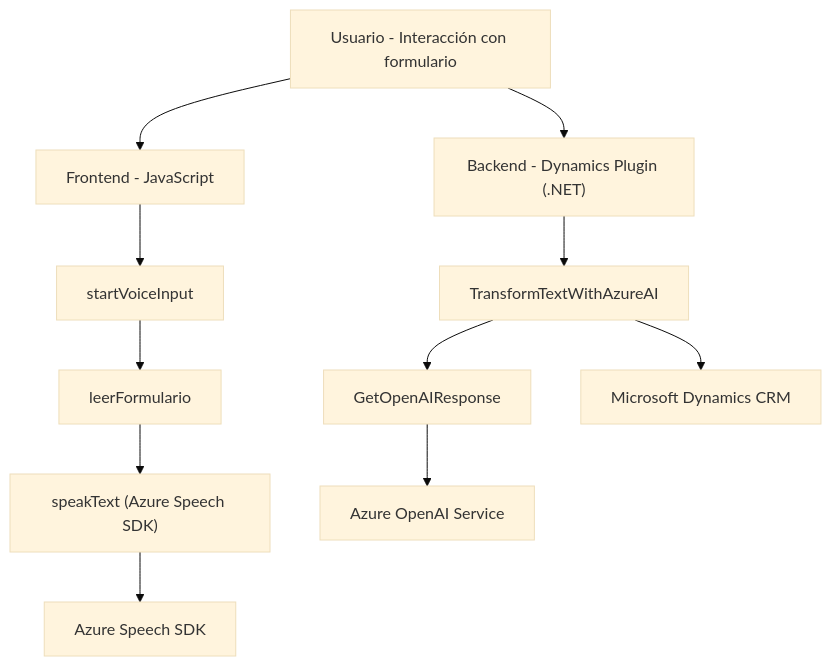
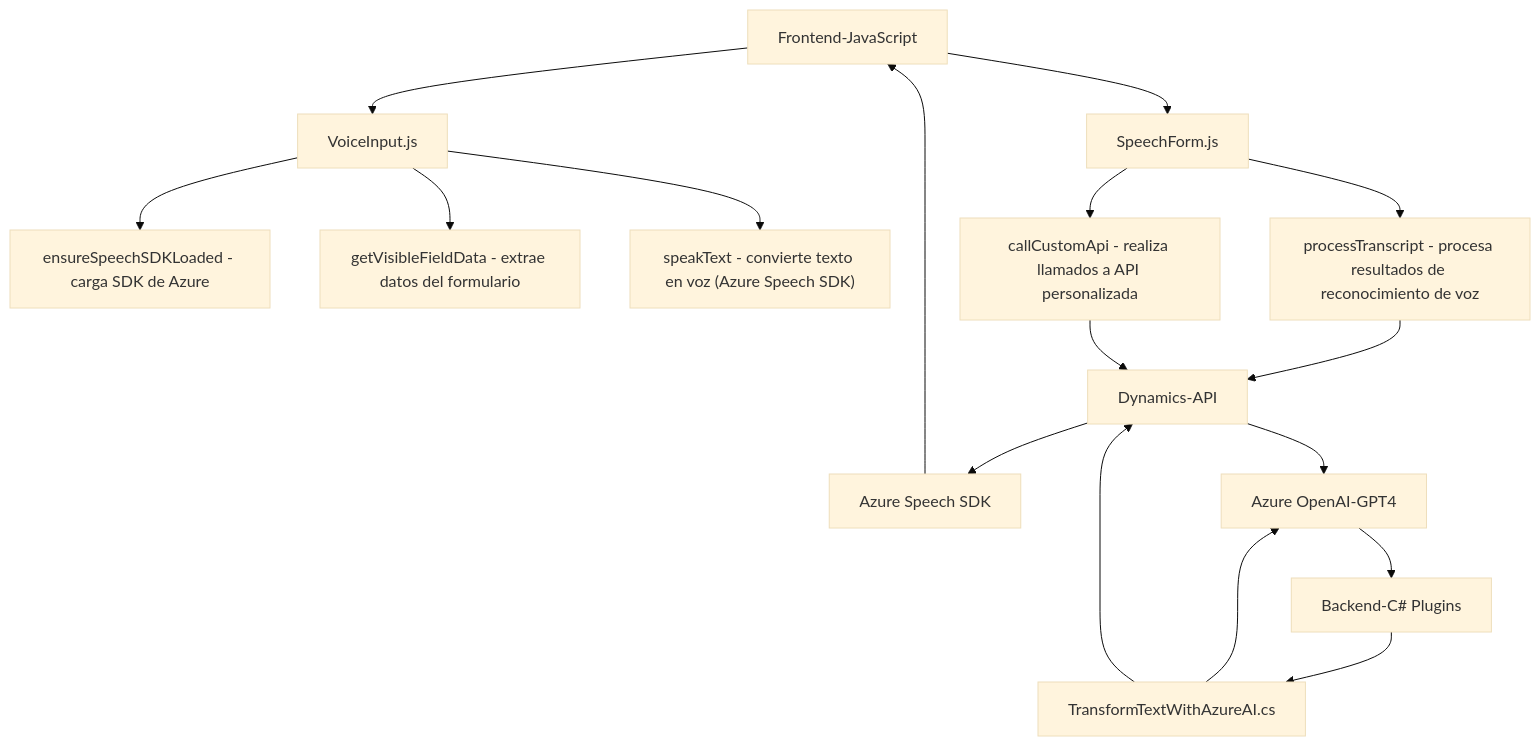
Before and after one commit to blopezdm/NETCORE_BILBAO2025: the diagram in README.md, drawn with Mermaid (base theme). The commit also changed other lines of this file, not shown here.

Commit message:
Actualizar análisis global de la solución con IA

````diff
--- a/README.md
+++ b/README.md
@@ -23,25 +68,25 @@
 ```mermaid
 graph TD
-  A["Usuario - Interacción con formulario"]
-  B["Frontend - JavaScript"]
-  C["startVoiceInput"]
-  D["leerFormulario"]
-  E["speakText (Azure Speech SDK)"]
-  F["Backend - Dynamics Plugin (.NET)"]
-  G["TransformTextWithAzureAI"]
-  H["GetOpenAIResponse"]
-  I["Microsoft Dynamics CRM"]
-  J["Azure OpenAI Service"]
-  K["Azure Speech SDK"]
+    A["Frontend-JavaScript"] --> B["VoiceInput.js"]
+    A --> C["SpeechForm.js"]
+    
+    B --> D["ensureSpeechSDKLoaded - carga SDK de Azure"]
+    B --> E["getVisibleFieldData - extrae datos del formulario"]
+    B --> F["speakText - convierte texto en voz (Azure Speech SDK)"]
 
-  A --> B
-  B --> C
-  C --> D
-  D --> E
-  E --> K
-  A --> F
-  F --> G
-  G --> H
-  G --> I
-  H --> J
+    C --> G["processTranscript - procesa resultados de reconocimiento de voz"]
+    C --> H["callCustomApi - realiza llamados a API personalizada"]
+
+    G --> I["Dynamics-API"]
+    H --> I
+
+    I --> Z["Azure Speech SDK"]
+    I --> Y["Azure OpenAI-GPT4"]
+
+    X["Backend-C# Plugins"] --> J["TransformTextWithAzureAI.cs"]
+    J --> Y
+    J --> I
+    
+    Z["Azure Speech SDK"] --> A
+    Y --> X
 ```
````
